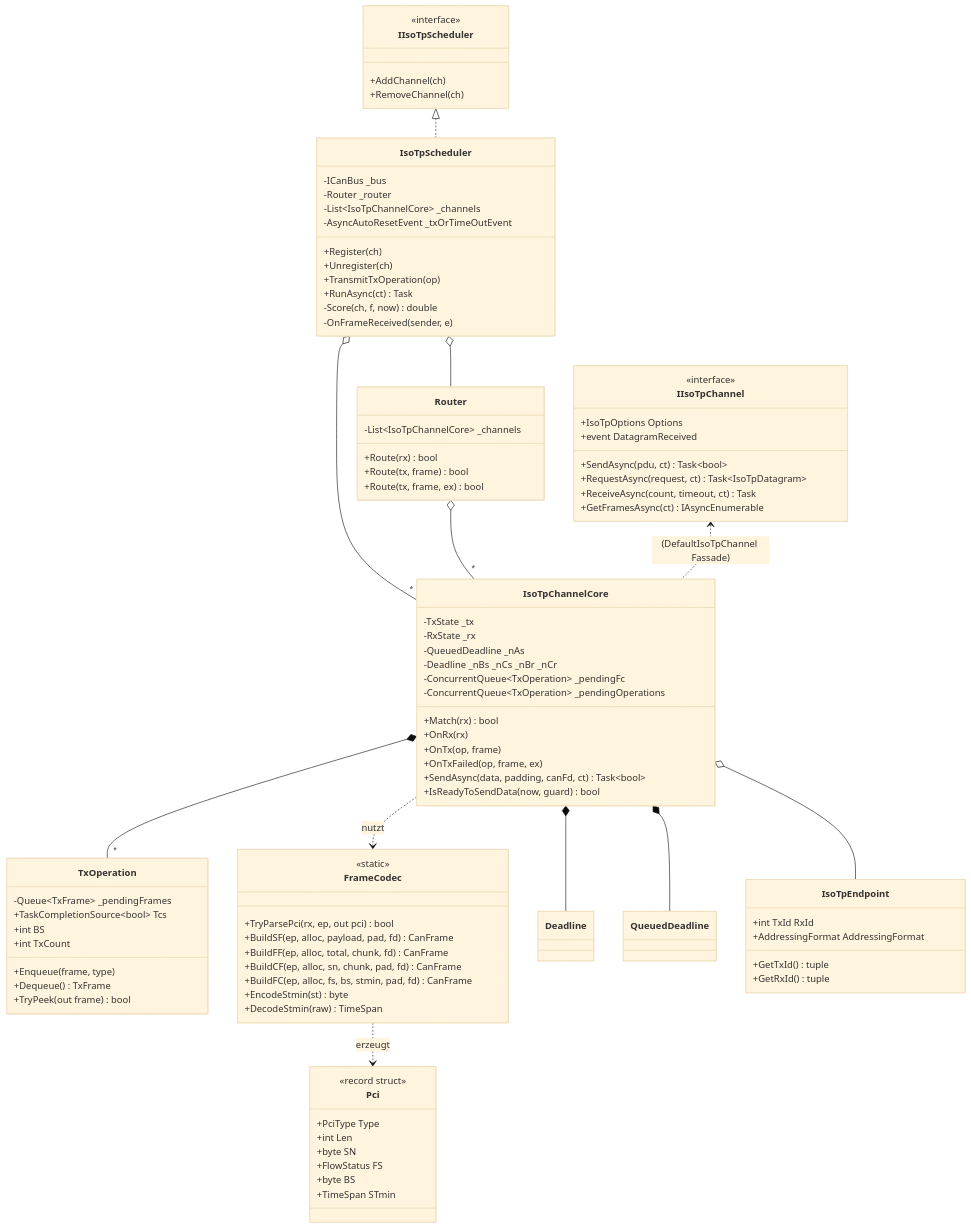
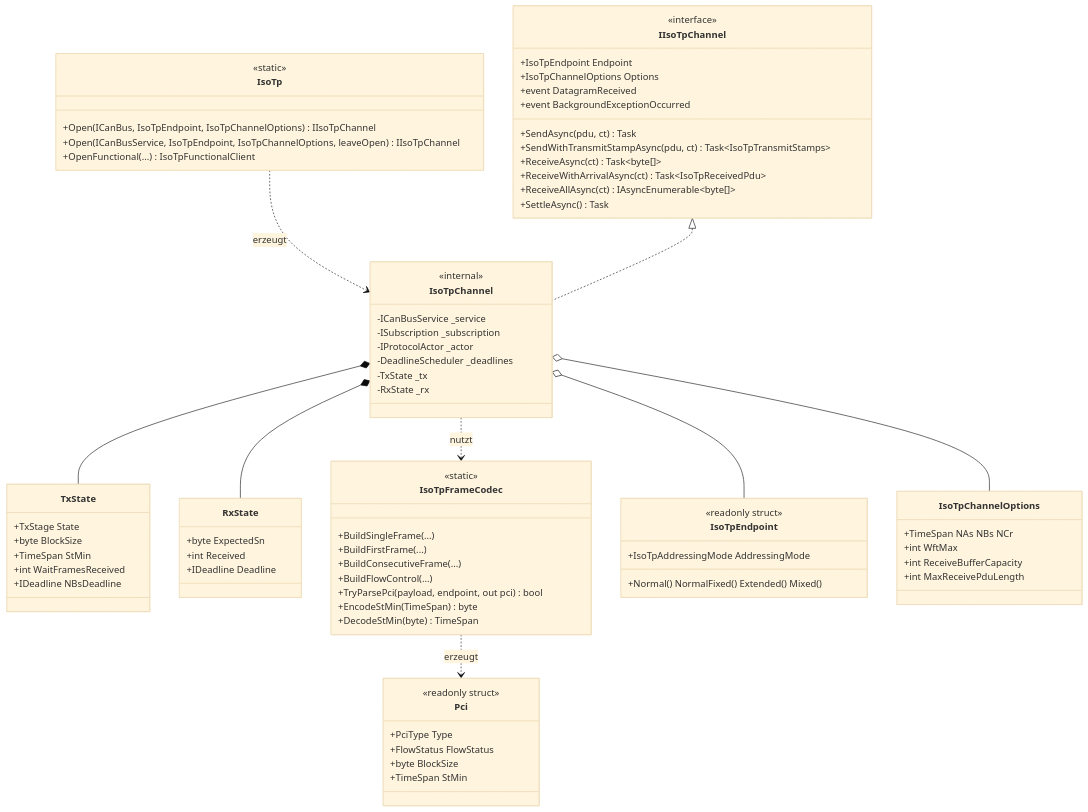
The fifth of 19 diagrams in docs/architecture/arc42-CanKit.Pro.md (dborgards/CanKit.Pro), drawn with Mermaid (base theme) before and after one commit. The commit also changed other lines of this file and 1 other file, not shown here.

First line of the commit message:
docs: sync arc42 and SRS with the tree (net10.0, ISO-TP shipped, default branch main)

````diff
--- a/docs/architecture/arc42-CanKit.Pro.md
+++ b/docs/architecture/arc42-CanKit.Pro.md
@@ -442,97 +459,80 @@
 ```mermaid
 classDiagram
+    class IsoTp {
+        <<static>>
+        +Open(ICanBus, IsoTpEndpoint, IsoTpChannelOptions) IIsoTpChannel
+        +Open(ICanBusService, IsoTpEndpoint, IsoTpChannelOptions, leaveOpen) IIsoTpChannel
+        +OpenFunctional(...) IsoTpFunctionalClient
+    }
     class IIsoTpChannel {
         <<interface>>
-        +IsoTpOptions Options
+        +IsoTpEndpoint Endpoint
+        +IsoTpChannelOptions Options
+        +SendAsync(pdu, ct) Task
+        +SendWithTransmitStampAsync(pdu, ct) Task~IsoTpTransmitStamps~
+        +ReceiveAsync(ct) Task~byte[]~
+        +ReceiveWithArrivalAsync(ct) Task~IsoTpReceivedPdu~
+        +ReceiveAllAsync(ct) IAsyncEnumerable~byte[]~
+        +SettleAsync() Task
         +event DatagramReceived
-        +SendAsync(pdu, ct) Task~bool~
-        +RequestAsync(request, ct) Task~IsoTpDatagram~
-        +ReceiveAsync(count, timeout, ct) Task
-        +GetFramesAsync(ct) IAsyncEnumerable
+        +event BackgroundExceptionOccurred
     }
-    class IIsoTpScheduler {
-        <<interface>>
-        +AddChannel(ch)
-        +RemoveChannel(ch)
-    }
-    class IsoTpScheduler {
-        -ICanBus _bus
-        -Router _router
-        -List~IsoTpChannelCore~ _channels
-        -AsyncAutoResetEvent _txOrTimeOutEvent
-        +Register(ch)
-        +Unregister(ch)
-        +TransmitTxOperation(op)
-        +RunAsync(ct) Task
-        -Score(ch, f, now) double
-        -OnFrameReceived(sender, e)
-    }
-    class Router {
-        -List~IsoTpChannelCore~ _channels
-        +Route(rx) bool
-        +Route(tx, frame) bool
-        +Route(tx, frame, ex) bool
-    }
-    class IsoTpChannelCore {
+    class IsoTpChannel {
+        <<internal>>
+        -ICanBusService _service
+        -ISubscription _subscription
+        -IProtocolActor _actor
+        -DeadlineScheduler _deadlines
         -TxState _tx
         -RxState _rx
-        -QueuedDeadline _nAs
-        -Deadline _nBs _nCs _nBr _nCr
-        -ConcurrentQueue~TxOperation~ _pendingFc
-        -ConcurrentQueue~TxOperation~ _pendingOperations
-        +Match(rx) bool
-        +OnRx(rx)
-        +OnTx(op, frame)
-        +OnTxFailed(op, frame, ex)
-        +SendAsync(data, padding, canFd, ct) Task~bool~
-        +IsReadyToSendData(now, guard) bool
     }
-    class TxOperation {
-        -Queue~TxFrame~ _pendingFrames
-        +TaskCompletionSource~bool~ Tcs
-        +int BS
-        +int TxCount
-        +Enqueue(frame, type)
-        +Dequeue() TxFrame
-        +TryPeek(out frame) bool
+    class TxState {
+        +TxStage State
+        +byte BlockSize
+        +TimeSpan StMin
+        +int WaitFramesReceived
+        +IDeadline NBsDeadline
     }
-    class FrameCodec {
+    class RxState {
+        +byte ExpectedSn
+        +int Received
+        +IDeadline Deadline
+    }
+    class IsoTpFrameCodec {
         <<static>>
-        +TryParsePci(rx, ep, out pci) bool
-        +BuildSF(ep, alloc, payload, pad, fd) CanFrame
-        +BuildFF(ep, alloc, total, chunk, fd) CanFrame
-        +BuildCF(ep, alloc, sn, chunk, pad, fd) CanFrame
-        +BuildFC(ep, alloc, fs, bs, stmin, pad, fd) CanFrame
-        +EncodeStmin(st) byte
-        +DecodeStmin(raw) TimeSpan
+        +BuildSingleFrame(...)
+        +BuildFirstFrame(...)
+        +BuildConsecutiveFrame(...)
+        +BuildFlowControl(...)
+        +TryParsePci(payload, endpoint, out pci) bool
+        +EncodeStMin(TimeSpan) byte
+        +DecodeStMin(byte) TimeSpan
     }
     class Pci {
-        <<record struct>>
+        <<readonly struct>>
         +PciType Type
-        +int Len
-        +byte SN
-        +FlowStatus FS
-        +byte BS
-        +TimeSpan STmin
+        +FlowStatus FlowStatus
+        +byte BlockSize
+        +TimeSpan StMin
     }
-    class Deadline
-    class QueuedDeadline
     class IsoTpEndpoint {
-        +int TxId RxId
-        +AddressingFormat AddressingFormat
-        +GetTxId() tuple
-        +GetRxId() tuple
+        <<readonly struct>>
+        +Normal() NormalFixed() Extended() Mixed()
+        +IsoTpAddressingMode AddressingMode
+    }
+    class IsoTpChannelOptions {
+        +TimeSpan NAs NBs NCr
+        +int WftMax
+        +int ReceiveBufferCapacity
+        +int MaxReceivePduLength
     }
 
-    IIsoTpScheduler <|.. IsoTpScheduler
-    IsoTpScheduler o-- Router
-    IsoTpScheduler o-- "*" IsoTpChannelCore
-    Router o-- "*" IsoTpChannelCore
-    IsoTpChannelCore *-- "*" TxOperation
-    IsoTpChannelCore ..> FrameCodec : nutzt
-    IsoTpChannelCore o-- IsoTpEndpoint
-    IsoTpChannelCore *-- Deadline
-    IsoTpChannelCore *-- QueuedDeadline
-    FrameCodec ..> Pci : erzeugt
-    IIsoTpChannel <.. IsoTpChannelCore : (DefaultIsoTpChannel Fassade)
+    IsoTp ..> IsoTpChannel : erzeugt
+    IIsoTpChannel <|.. IsoTpChannel
+    IsoTpChannel *-- TxState
+    IsoTpChannel *-- RxState
+    IsoTpChannel ..> IsoTpFrameCodec : nutzt
+    IsoTpChannel o-- IsoTpEndpoint
+    IsoTpChannel o-- IsoTpChannelOptions
+    IsoTpFrameCodec ..> Pci : erzeugt
 ```
````
